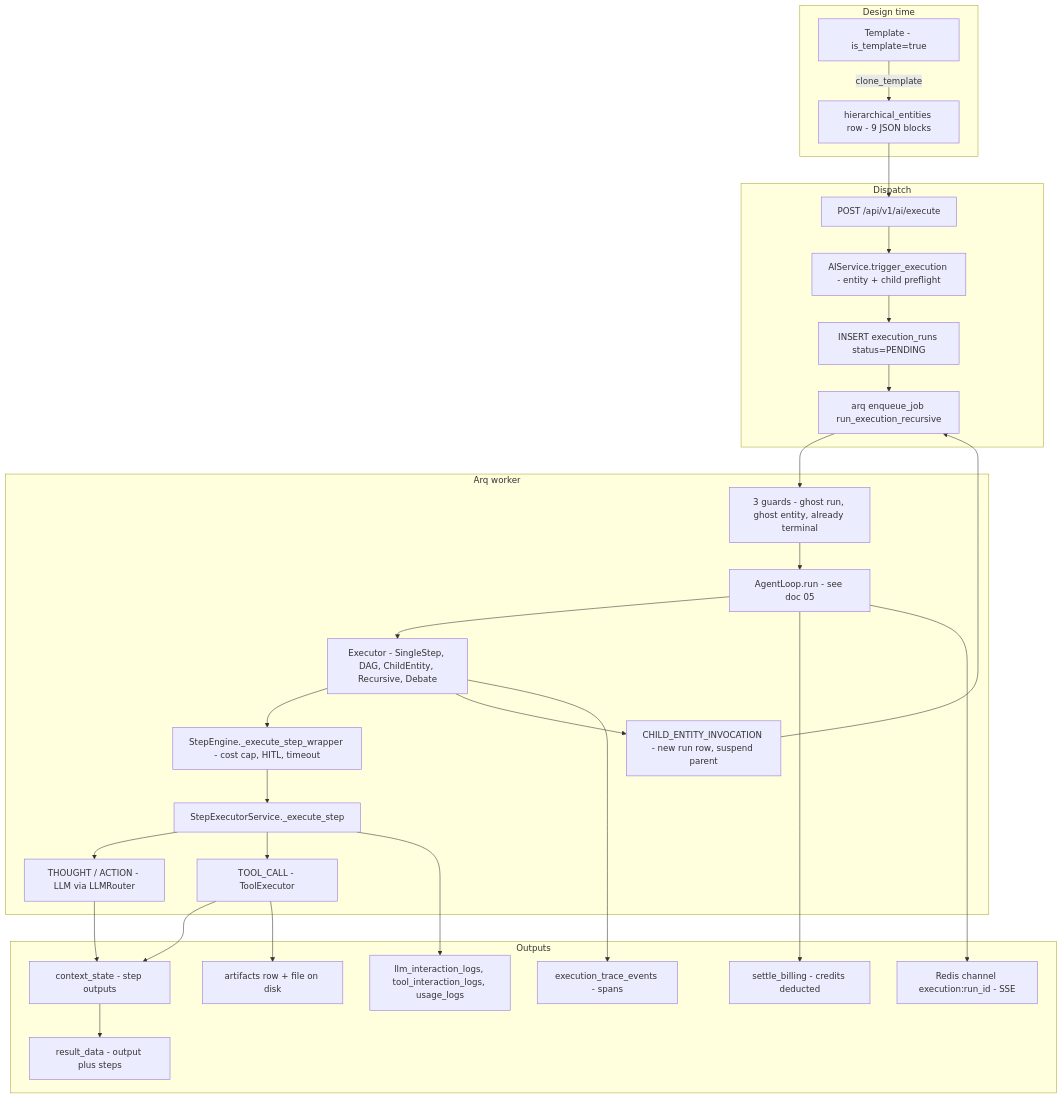
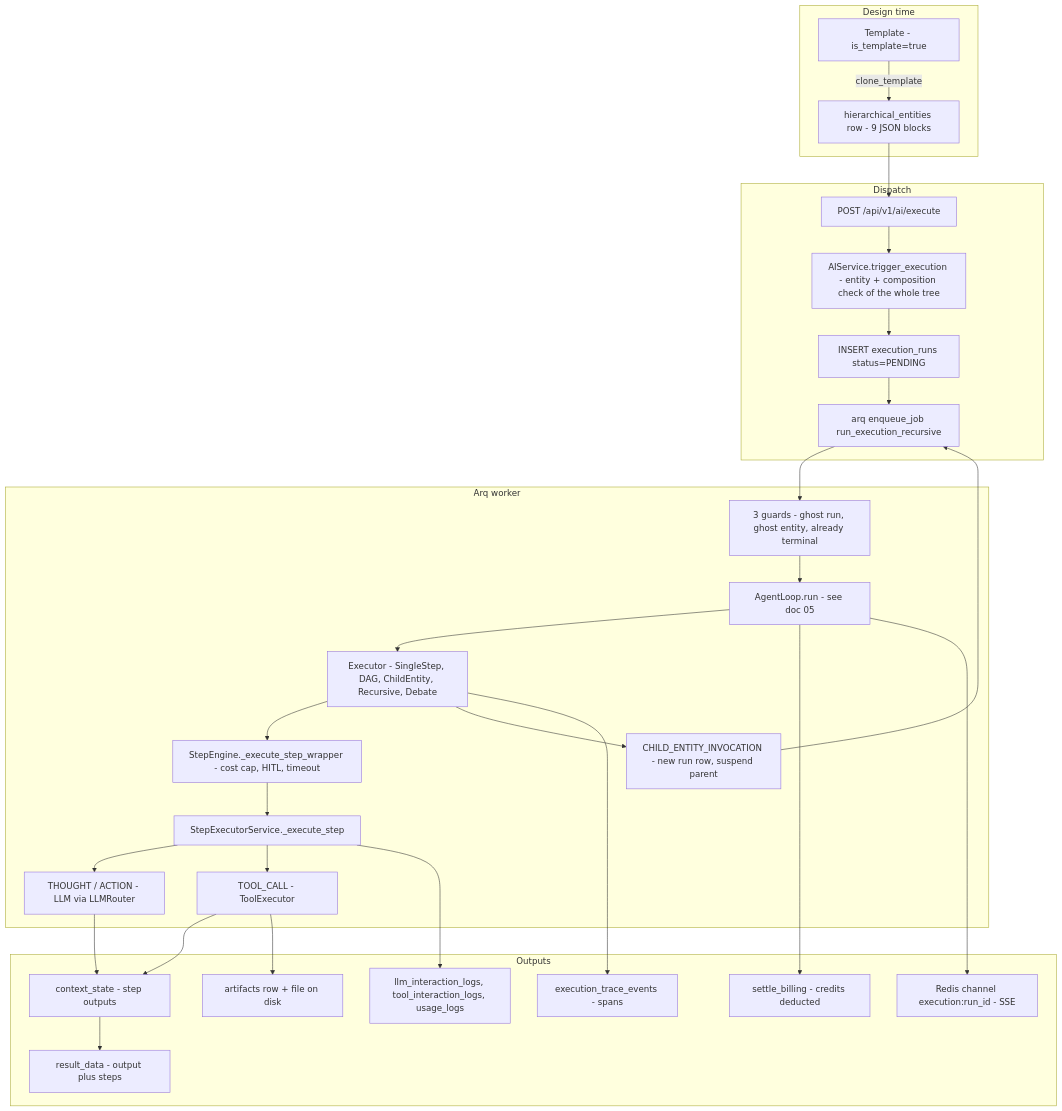
One commit to gondolerahul/hire-buddha-app changed the first of 20 diagrams in docs/current/06-execution-pipeline.md. Above: the diagram before and after it, drawn with Mermaid. The commit also changed other lines of this file and 7 other files, not shown here.

First line of the commit message:
feat(entities): the composition rule is checked at authoring, dispatch and child-run creation (R1)

````diff
--- a/docs/current/06-execution-pipeline.md
+++ b/docs/current/06-execution-pipeline.md
@@ -40,34 +40,34 @@
 ```mermaid
 flowchart TD
     subgraph DESIGN["Design time"]
         E["hierarchical_entities row - 9 JSON blocks"]
         T["Template - is_template=true"] -->|clone_template| E
     end
     subgraph DISPATCH["Dispatch"]
-        API["POST /api/v1/ai/execute"] --> VAL["AIService.trigger_execution - entity + child preflight"]
+        API["POST /api/v1/ai/execute"] --> VAL["AIService.trigger_execution - entity + composition check of the whole tree"]
         VAL --> ROW["INSERT execution_runs status=PENDING"]
         ROW --> Q["arq enqueue_job run_execution_recursive"]
     end
     subgraph WORKER["Arq worker"]
         Q --> GUARD["3 guards - ghost run, ghost entity, already terminal"]
         GUARD --> LOOP["AgentLoop.run - see doc 05"]
         LOOP --> EXEC["Executor - SingleStep, DAG, ChildEntity, Recursive, Debate"]
         EXEC --> SE["StepEngine._execute_step_wrapper - cost cap, HITL, timeout"]
         SE --> SX["StepExecutorService._execute_step"]
         SX --> THOUGHT["THOUGHT / ACTION - LLM via LLMRouter"]
         SX --> TOOLC["TOOL_CALL - ToolExecutor"]
         EXEC --> CHILD["CHILD_ENTITY_INVOCATION - new run row, suspend parent"]
     end
     subgraph OUT["Outputs"]
         THOUGHT --> CTX["context_state - step outputs"]
         TOOLC --> CTX
         TOOLC --> ART["artifacts row + file on disk"]
         CTX --> RES["result_data - output plus steps"]
         LOOP --> BILL["settle_billing - credits deducted"]
         LOOP --> SSE["Redis channel execution:run_id - SSE"]
         SX --> LOGS["llm_interaction_logs, tool_interaction_logs, usage_logs"]
         EXEC --> TRACE["execution_trace_events - spans"]
     end
     E --> API
     CHILD --> Q
 ```
````
